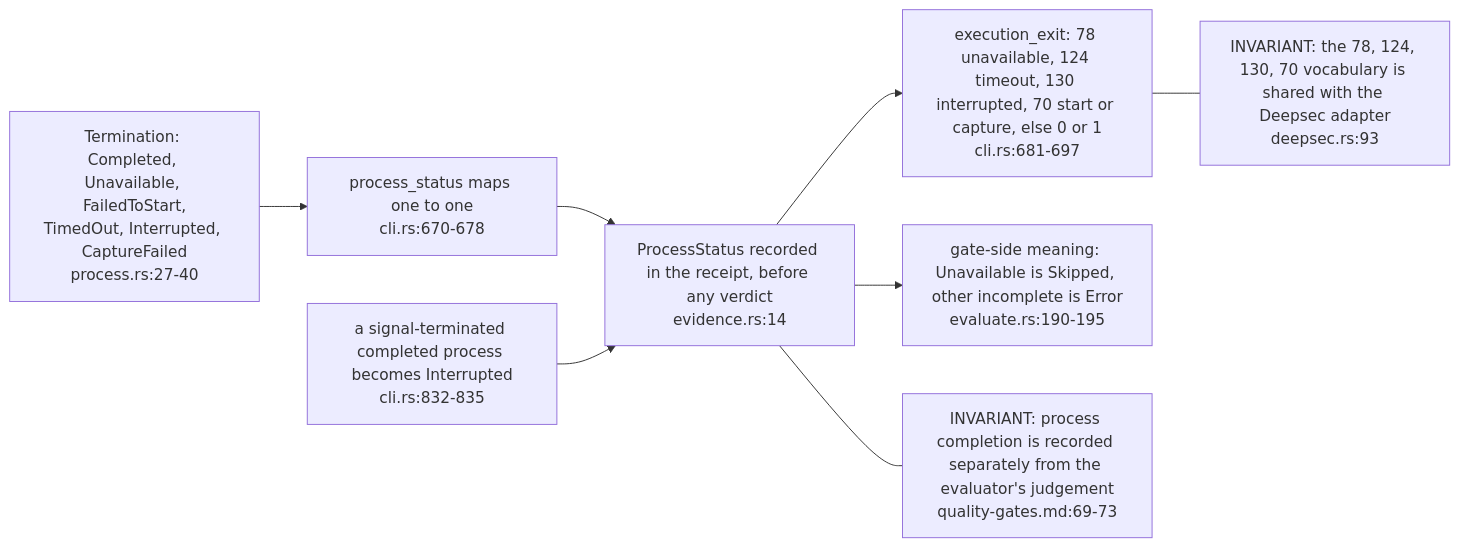
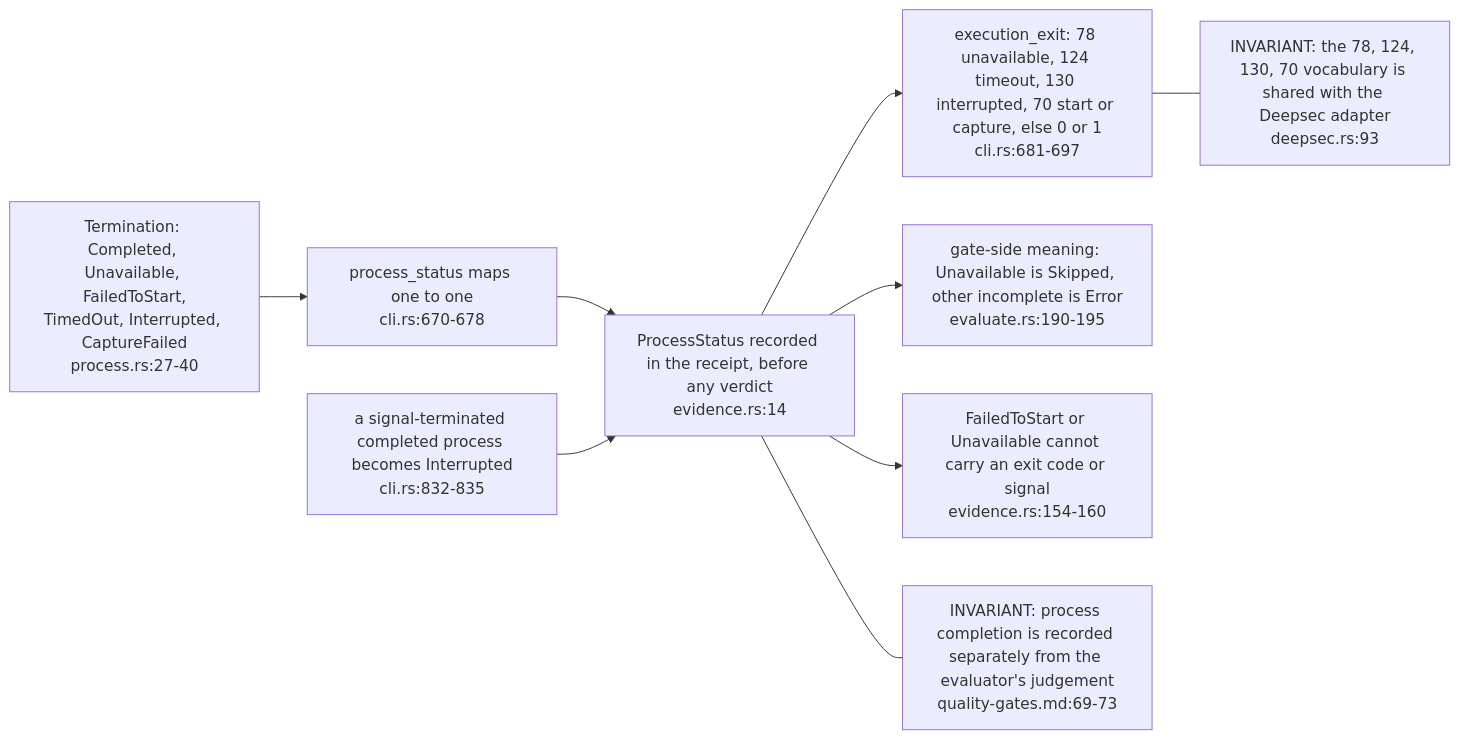
One commit to DreamLab-AI/VisionFlow changed the second of 5 diagrams in docs/diagrams/visioncraft/03-execution-evidence-and-security-adapter.md. Above: the diagram before and after it, drawn with Mermaid. The commit also changed other lines of this file and 48 other files, not shown here.

Commit message:
docs: reconcile estate repairs and first diagram refresh batch

````diff
--- a/docs/diagrams/visioncraft/03-execution-evidence-and-security-adapter.md
+++ b/docs/diagrams/visioncraft/03-execution-evidence-and-security-adapter.md
@@ -56,17 +56,18 @@
 ```mermaid
 flowchart LR
     T1["Termination: Completed, Unavailable, FailedToStart,<br/>TimedOut, Interrupted, CaptureFailed<br/>process.rs:27-40"]
     PS["process_status maps one to one<br/>cli.rs:670-678"]
     ST["ProcessStatus recorded in the receipt, before any verdict<br/>evidence.rs:14"]
     XE["execution_exit: 78 unavailable, 124 timeout, 130 interrupted, 70 start or capture, else 0 or 1<br/>cli.rs:681-697"]
     OUT["gate-side meaning: Unavailable is Skipped, other incomplete is Error<br/>evaluate.rs:190-195"]
     SIG["a signal-terminated completed process becomes Interrupted<br/>cli.rs:832-835"]
     T1 --> PS --> ST
     ST --> XE
     ST --> OUT
+    ST --> VALID["FailedToStart or Unavailable cannot carry an exit code or signal<br/>evidence.rs:154-160"]
     SIG --> ST
     N1["INVARIANT: process completion is recorded separately from the evaluator's judgement<br/>quality-gates.md:69-73"]
     N2["INVARIANT: the 78, 124, 130, 70 vocabulary is shared with the Deepsec adapter<br/>deepsec.rs:93"]
     ST --- N1
     XE --- N2
 ```
````
